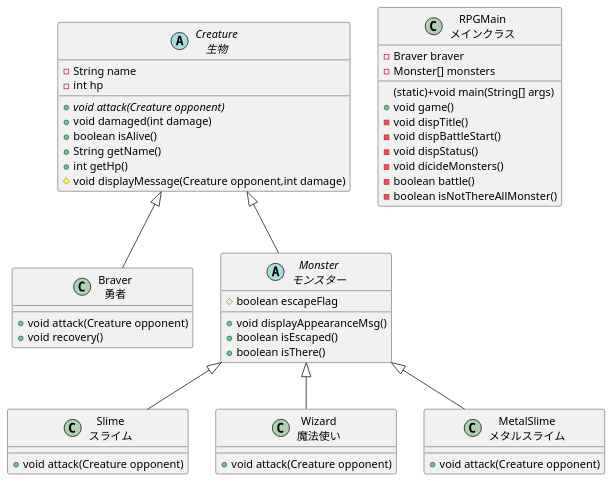
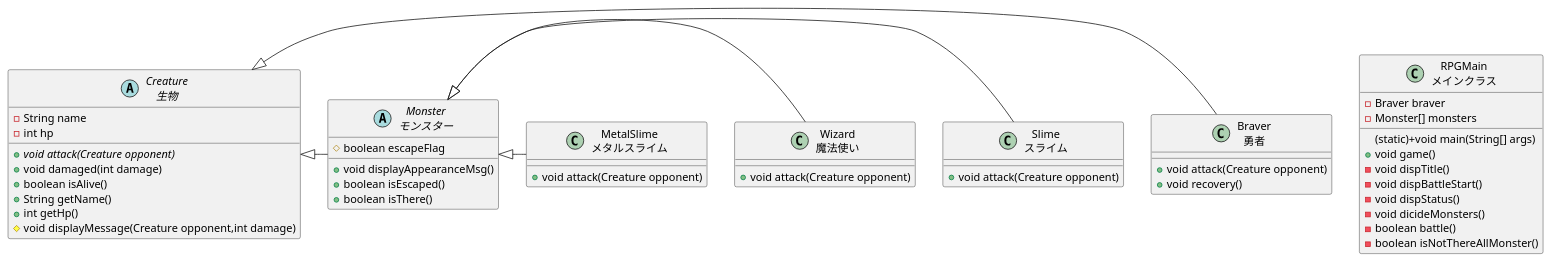
The diagram in classes.md (nishino-naoyuki/2021design), drawn with PlantUML before and after one commit.

````diff
--- a/classes.md
+++ b/classes.md
@@ -1,52 +1,52 @@
 ```UML
 @startuml
 abstract class "Creature\n生物" as creature{
   -String name
   -int hp
   {abstract} +void attack(Creature opponent)
   +void damaged(int damage)
   +boolean isAlive()
   +String getName()
   +int getHp()
   #void displayMessage(Creature opponent,int damage)
 }
 class "Braver\n勇者" as braver{
   +void attack(Creature opponent)
   +void recovery()
 }
 abstract class "Monster\nモンスター" as monster{
   #boolean escapeFlag
   +void displayAppearanceMsg()
   +boolean isEscaped()
   +boolean isThere()
 }
 class "Slime\nスライム" as slime{
   +void attack(Creature opponent)
 }
 class "Wizard\n魔法使い" as wizard{
   +void attack(Creature opponent)
 }
 class "MetalSlime\nメタルスライム" as metalSlime{
   +void attack(Creature opponent)
 }
 
 class "RPGMain\nメインクラス" as main{
   -Braver braver
   -Monster[] monsters
   (static)+void main(String[] args)
   +void game()
   -void dispTitle()
   -void dispBattleStart()
   -void dispStatus()
   -void dicideMonsters()
   -boolean battle()
   -boolean isNotThereAllMonster()
 }
 
-creature <|-- braver
-creature <|-- monster
-monster <|-- slime
-monster <|-- wizard
-monster <|-- metalSlime
+creature <|- braver
+creature <|- monster
+monster <|- slime
+monster <|- wizard
+monster <|- metalSlime
 @enduml
 ```
````
